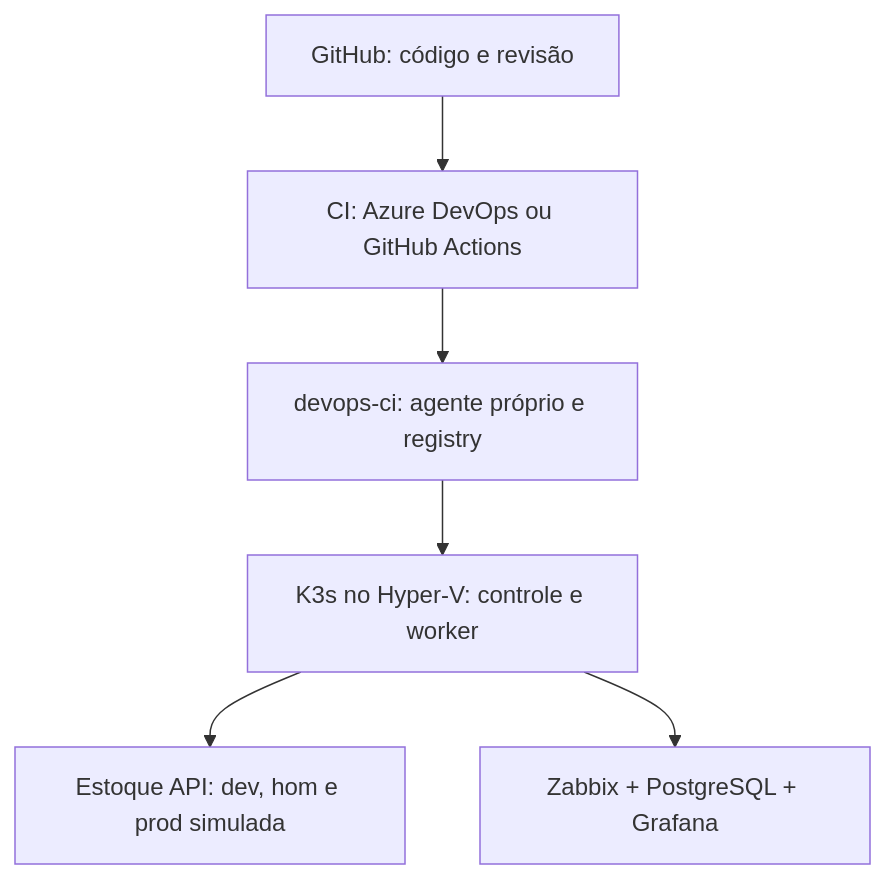
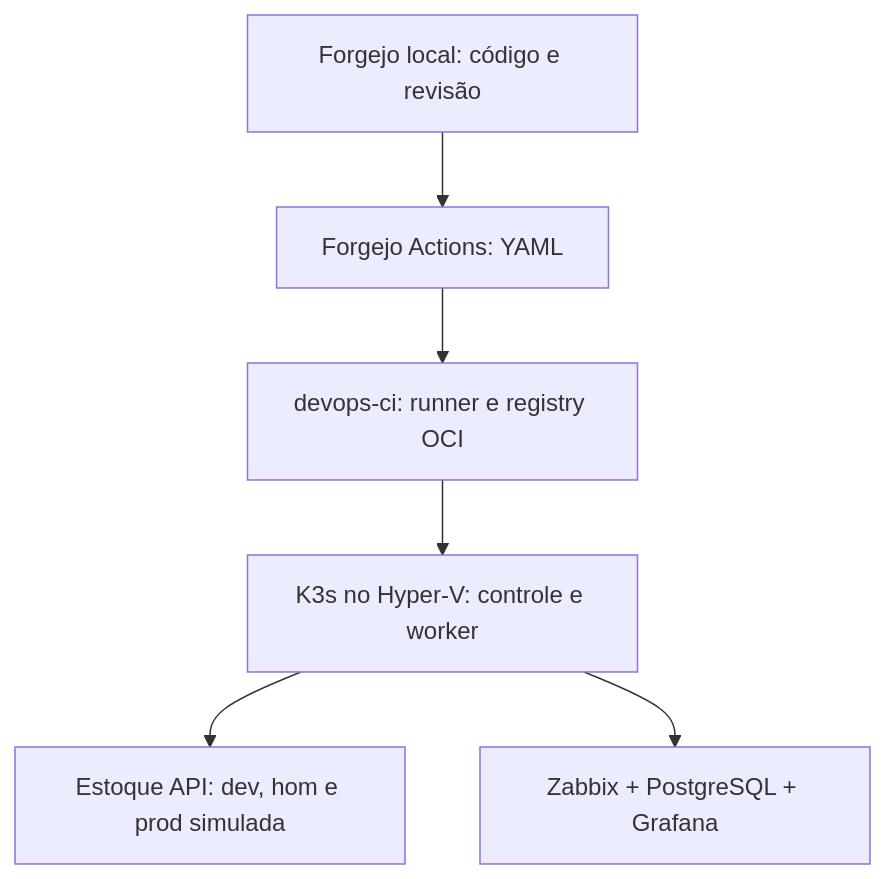
One commit to Glaucojr17/devops-platform-lab changed the diagram in docs/stock-saas-hyperv/README.md. Above: the diagram before and after it, drawn with Mermaid. The commit also changed other lines of this file, not shown here.

Commit message:
docs: adapta SaaS de estoque para CI/CD totalmente local com Forgejo

````diff
--- a/docs/stock-saas-hyperv/README.md
+++ b/docs/stock-saas-hyperv/README.md
@@ -11,8 +11,8 @@
 ```mermaid
 flowchart TD
-    A["GitHub: código e revisão"] --> B["CI: Azure DevOps ou GitHub Actions"]
-    B --> C["devops-ci: agente próprio e registry"]
+    A["Forgejo local: código e revisão"] --> B["Forgejo Actions: YAML"]
+    B --> C["devops-ci: runner e registry OCI"]
     C --> D["K3s no Hyper-V: controle e worker"]
     D --> E["Estoque API: dev, hom e prod simulada"]
     D --> F["Zabbix + PostgreSQL + Grafana"]
 ```
````
